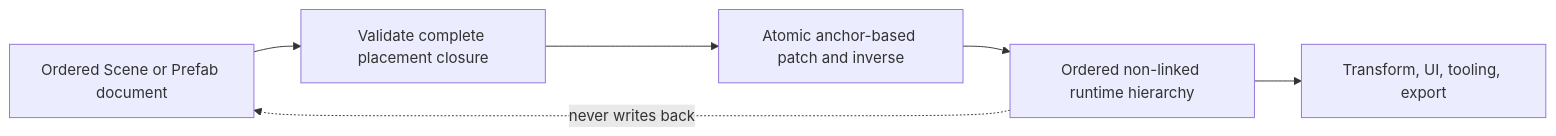
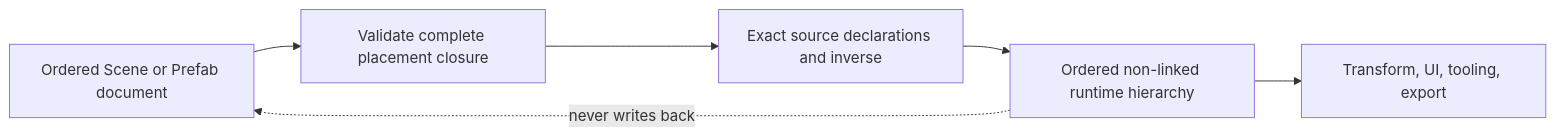
One commit to Latias94/nara changed the diagram in docs/architecture/adr/0101-ordered-persistent-placement-and-runtime-projection.md. Above: the diagram before and after it, drawn with Mermaid. The commit also changed other lines of this file and 337 other files, not shown here.

````diff
--- a/docs/architecture/adr/0101-ordered-persistent-placement-and-runtime-projection.md
+++ b/docs/architecture/adr/0101-ordered-persistent-placement-and-runtime-projection.md
@@ -39,11 +39,11 @@
 ```mermaid
 flowchart LR
     Source[Ordered Scene or Prefab document]
     Validate[Validate complete placement closure]
-    Patch[Atomic anchor-based patch and inverse]
+    Patch[Exact source declarations and inverse]
     Runtime[Ordered non-linked runtime hierarchy]
     Consumers[Transform, UI, tooling, export]
 
     Source --> Validate --> Patch --> Runtime --> Consumers
     Runtime -. never writes back .-> Source
 ```
````
